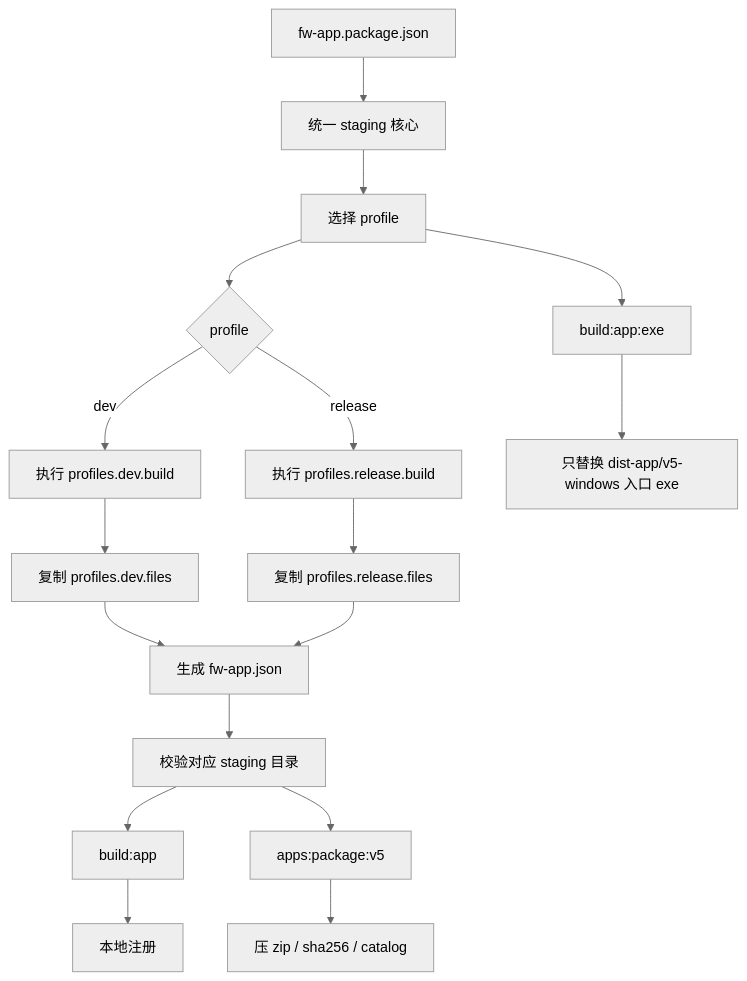
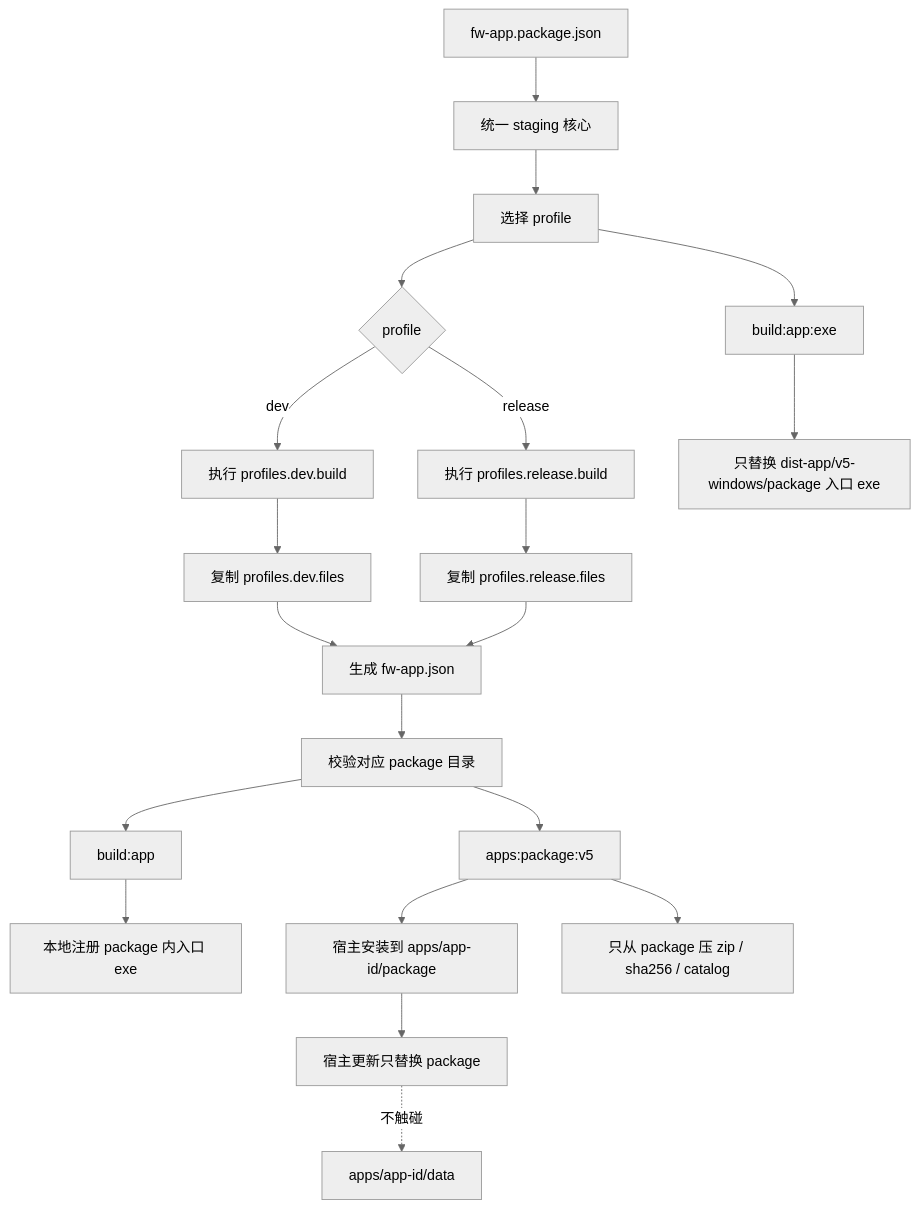
The diagram in apps/v5-reference-app-go/README.md (noelle-silva/fast-window), drawn with Mermaid (neutral theme) before and after one commit. The commit also changed other lines of this file and 45 other files, not shown here.

Commit message:
统一 v5 应用 package/data 布局与数据目录归属

````diff
--- a/apps/v5-reference-app-go/README.md
+++ b/apps/v5-reference-app-go/README.md
@@ -145,22 +165,26 @@
 ```mermaid
 flowchart TD
     A[fw-app.package.json] --> B[统一 staging 核心]
     B --> C[选择 profile]
     C --> P{profile}
     P -->|release| R[执行 profiles.release.build]
     P -->|dev| V[执行 profiles.dev.build]
     R --> D[复制 profiles.release.files]
     V --> M[复制 profiles.dev.files]
     M --> E[生成 fw-app.json]
     D --> E[生成 fw-app.json]
-    E --> F[校验对应 staging 目录]
+    E --> F[校验对应 package 目录]
 
     F --> G[build:app]
-    G --> H[本地注册]
+    G --> H[本地注册 package 内入口 exe]
+
+    K --> N[宿主安装到 apps/app-id/package]
+    N --> O[宿主更新只替换 package]
+    O -.不触碰.-> Q[apps/app-id/data]
 
     C --> I[build:app:exe]
-    I --> J[只替换 dist-app/v5-windows 入口 exe]
+    I --> J[只替换 dist-app/v5-windows/package 入口 exe]
 
     F --> K[apps:package:v5]
-    K --> L[压 zip / sha256 / catalog]
+    K --> L[只从 package 压 zip / sha256 / catalog]
 ```
````
